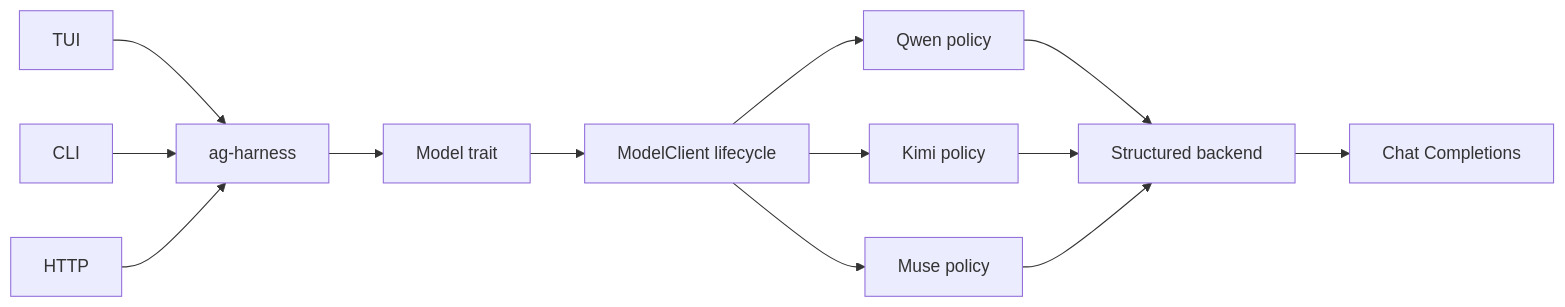
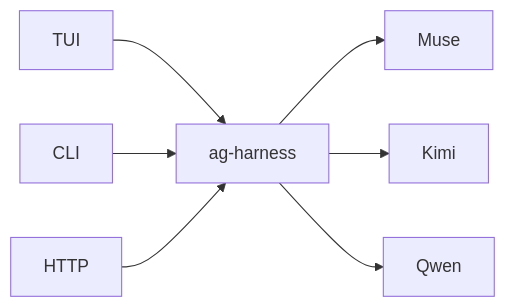
Before and after one commit to agentty-xyz/agentty: the first of 5 diagrams in docs/site/content/docs/architecture/ag-harness-design.md, drawn with Mermaid. The commit also changed other lines of this file and 1 other file, not shown here.

````diff
--- a/docs/site/content/docs/architecture/ag-harness-design.md
+++ b/docs/site/content/docs/architecture/ag-harness-design.md
@@ -21,15 +14,9 @@
 ```mermaid
 flowchart LR
     T["TUI"] --> H["ag-harness"]
     C["CLI"] --> H
     W["HTTP"] --> H
-    H --> M["Model trait"]
-    M --> L["ModelClient lifecycle"]
-    L --> Q["Qwen policy"]
-    L --> K["Kimi policy"]
-    L --> U["Muse policy"]
-    Q --> J["Structured backend"]
-    K --> J
-    U --> J
-    J --> O["Chat Completions"]
+    H --> M["Muse"]
+    H --> K["Kimi"]
+    H --> Q["Qwen"]
 ```
````
